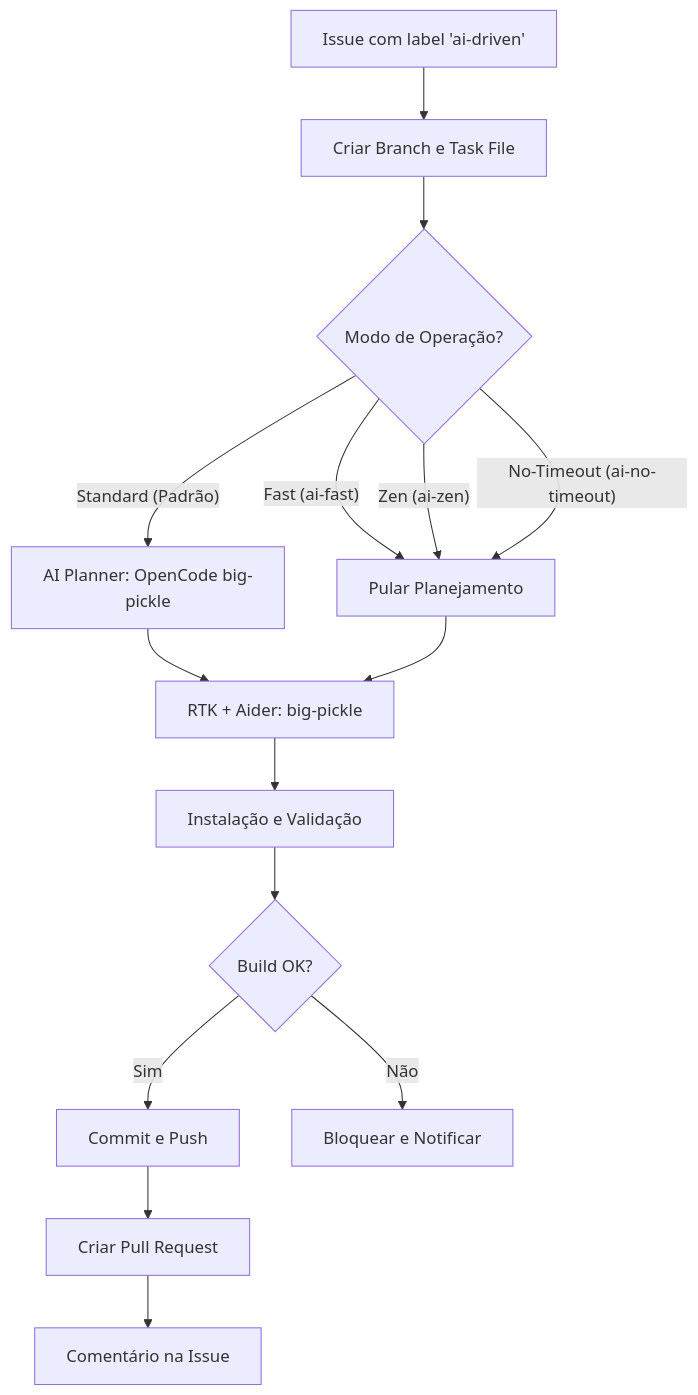
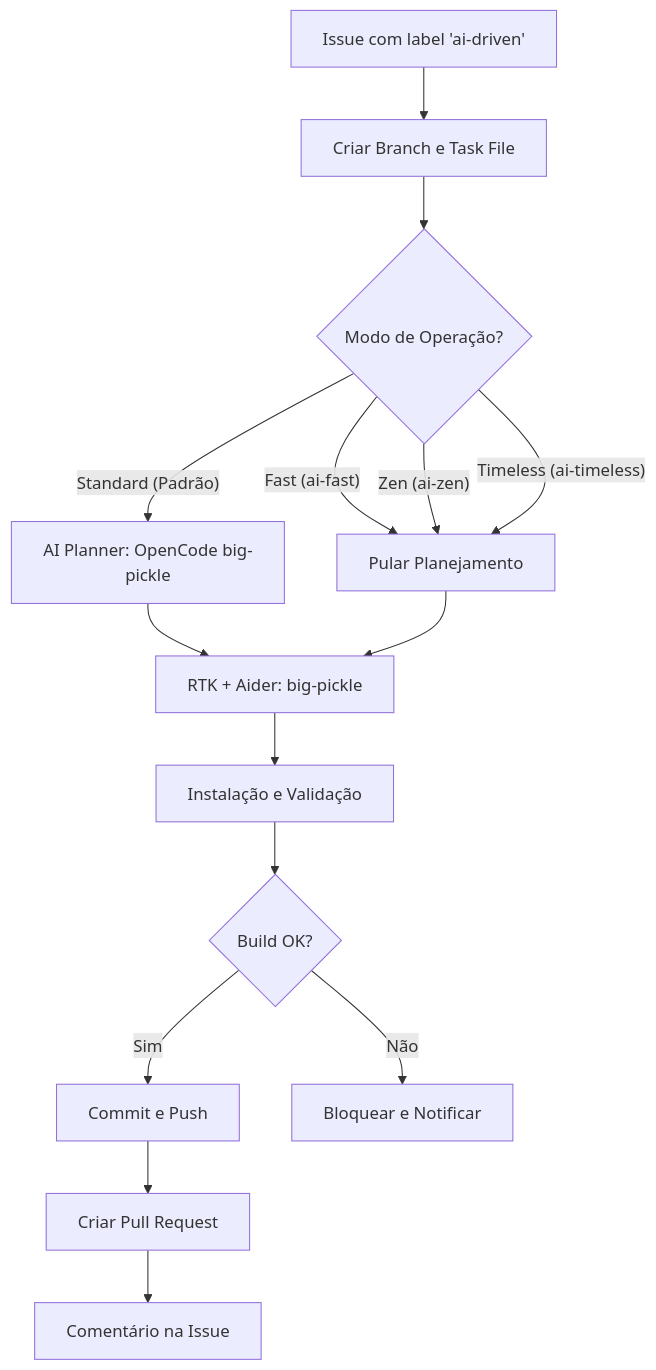
Before and after one commit to vibecodia/vibecodia-finances: the diagram in ia/README.md, drawn with Mermaid. The commit also changed other lines of this file and 2 other files, not shown here.

````diff
--- a/ia/README.md
+++ b/ia/README.md
@@ -7,22 +7,22 @@
 ```mermaid
 graph TD
     A[Issue com label 'ai-driven'] --> B[Criar Branch e Task File]
     B --> C{Modo de Operação?}
     
     C -- Standard (Padrão) --> D[AI Planner: OpenCode big-pickle]
     C -- Fast (ai-fast) --> E[Pular Planejamento]
     C -- Zen (ai-zen) --> E
-    C -- No-Timeout (ai-no-timeout) --> E
+    C -- Timeless (ai-timeless) --> E
     
     D --> F[RTK + Aider: big-pickle]
     E --> F
     
     F --> G[Instalação e Validação]
     G --> H{Build OK?}
     
     H -- Sim --> I[Commit e Push]
     H -- Não --> J[Bloquear e Notificar]
     
     I --> K[Criar Pull Request]
     K --> L[Comentário na Issue]
 ```
````
